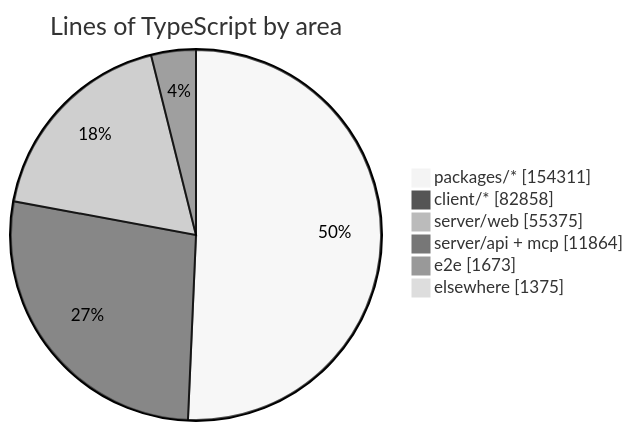
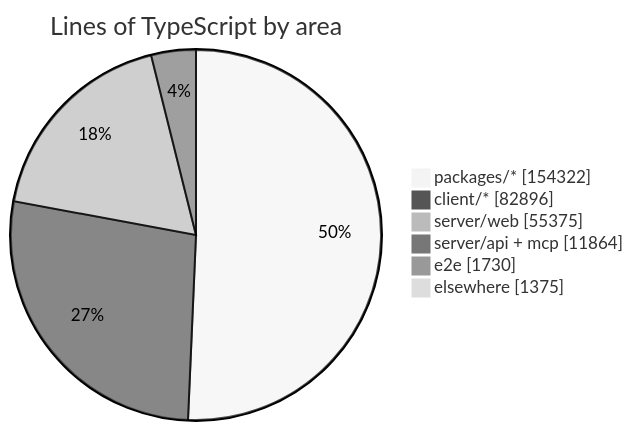
The diagram in README.md (crossworks-engineering/mantle), drawn with Mermaid (neutral theme) before and after one commit. The commit also changed other lines of this file and 4 other files, not shown here.

````diff
--- a/README.md
+++ b/README.md
@@ -279,9 +279,9 @@
 ```mermaid
 pie showData title Lines of TypeScript by area
-    "packages/*" : 154311
-    "client/*" : 82858
+    "packages/*" : 154322
+    "client/*" : 82896
     "server/web" : 55375
     "server/api + mcp" : 11864
-    "e2e" : 1673
+    "e2e" : 1730
     "elsewhere" : 1375
 ```
````
